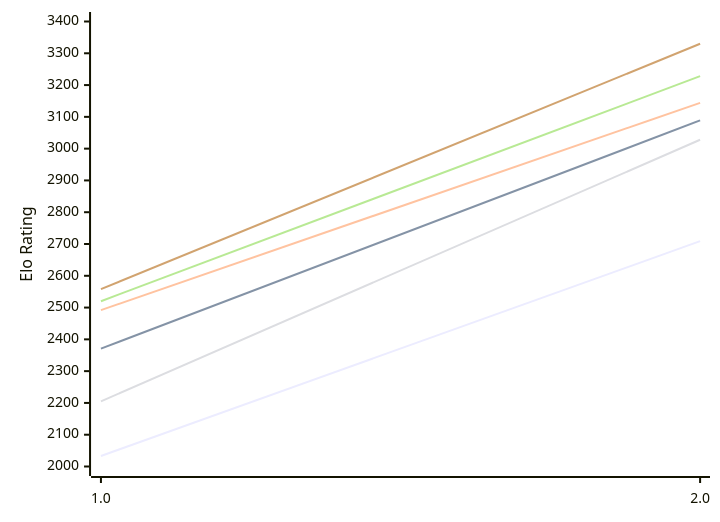
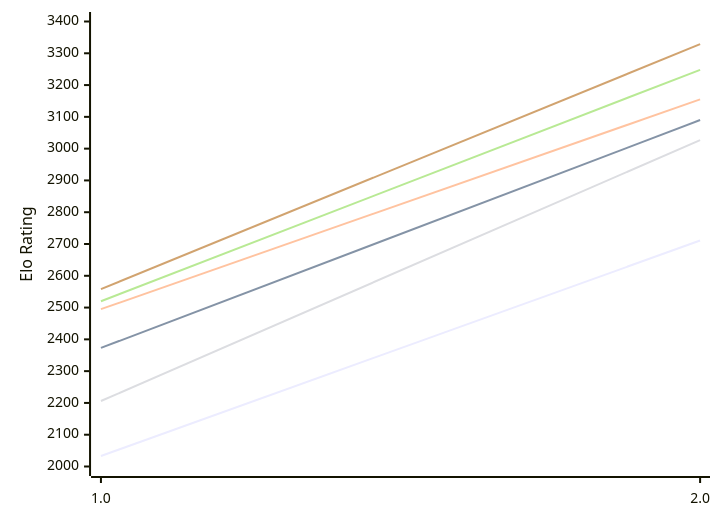
Before and after one commit to computer-chess-index/cci: the diagram in engines/Scarlet.md, drawn with Mermaid. The commit also changed other lines of this file, not shown here.

Commit message:
Update CCI Ratings (ELO VLTC) - 2026-10-17

````diff
--- a/engines/Scarlet.md
+++ b/engines/Scarlet.md
@@ -49,12 +49,12 @@
 ```mermaid
 %%{init: {"theme":"base","themeVariables":{"seriesColors:['#a3a3a3','#222221','#faa371']}}}%%
 xychart-beta
   x-axis ["1.0", "2.0"]
   y-axis "Elo Rating" 2000 --> 3400
-  line "E1: STC (8.0+0.08s)" [2033, 2709]
-  line "E1: LTC (60.0+0.60s)" [2371, 3089]
-  line "E1: VLTC (2m24s+1.12s)" [2492, 3144]
-  line "P1: STC (8.0+0.08s)" [2205, 3028]
-  line "P1: LTC (60.0+0.60s)" [2520, 3228]
-  line "P1: VLTC (2m24s+1.12s)" [2558, 3330]
+  line "E1: STC (8.0+0.08s)" [2033, 2711]
+  line "E1: LTC (60.0+0.60s)" [2373, 3090]
+  line "E1: VLTC (2m24s+1.12s)" [2495, 3155]
+  line "P1: STC (8.0+0.08s)" [2206, 3027]
+  line "P1: LTC (60.0+0.60s)" [2520, 3248]
+  line "P1: VLTC (2m24s+1.12s)" [2558, 3329]
 ```
````
